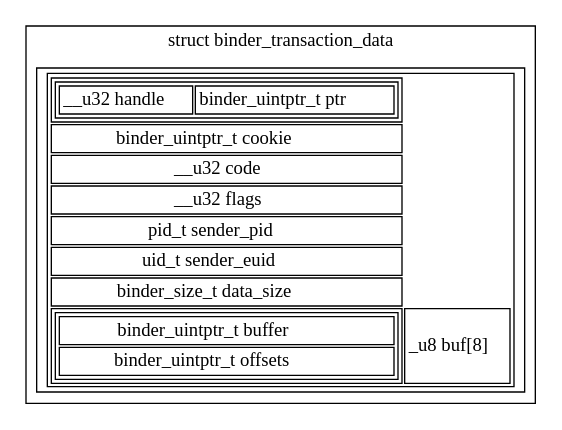
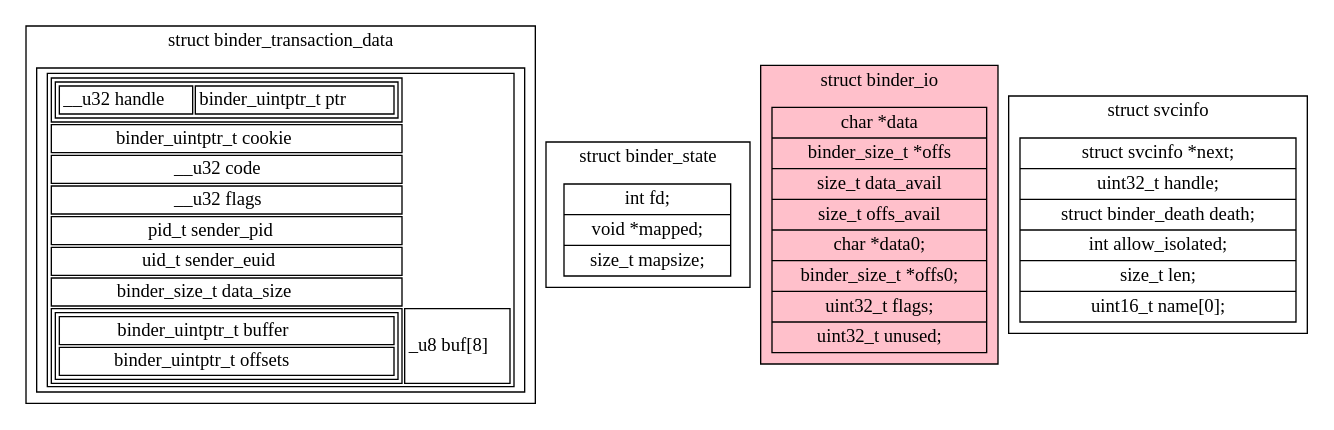
Before and after one commit to YsuXia/Debian-Learning: the diagram in graphviz/binder.dot, drawn with Graphviz. The commit also changed other lines of this file and 2 other files, not shown here.

```diff
--- a/graphviz/binder.dot
+++ b/graphviz/binder.dot
@@ -1,51 +1,91 @@
 digraph binder{
 	node[shape=record];
 	subgraph cluster_struct_binder_transaction_data{
 		label="struct binder_transaction_data";
 		"struct binder_transaction_data"[label=<
 			<table>
 				<tr>
 					<td>
 						<table>
 							<tr>
 								<td>__u32 handle</td>
 								<td>binder_uintptr_t ptr</td>
 							</tr>
 						</table>
 					</td>
 				</tr>
 				<tr>
 					<td>binder_uintptr_t cookie</td>
 				</tr>
 				<tr>
 					<td>__u32 code</td>
 				</tr>
 				<tr>
 					<td>__u32 flags</td>
 				</tr>
 				<tr>
 					<td>pid_t sender_pid</td>
 				</tr>
 				<tr>
 					<td>uid_t sender_euid</td>
 				</tr>
 				<tr>
 					<td>binder_size_t data_size</td>
 				</tr>
 				<tr>
 					<td>
 						<table>
 							<tr>
 								<td>binder_uintptr_t buffer</td>
 							</tr>
 							<tr>
 								<td>binder_uintptr_t offsets</td>
 							</tr>
 						</table>
 					</td>
 					<td>_u8 buf[8]</td>
 				</tr>
 			</table>
 		>];
 	}
+
+	subgraph cluster_struct_binder_state{
+		label="struct binder_state";
+		"struct binder_state"[label="{
+		 int fd;
+    	|void *mapped;
+    	|size_t mapsize;
+		}"];
+	}
+
+	subgraph cluster_struct_binder_io{
+		label="struct binder_io";
+		bgcolor="pink";
+		"struct binder_io"[label="{
+		char *data
+    	|binder_size_t *offs
+    	|size_t data_avail
+    	|size_t offs_avail
+    	|char *data0;
+    	|binder_size_t *offs0;
+    	|uint32_t flags;
+    	|uint32_t unused;
+	}"];
+	}
+
+	subgraph cluster_struct_svcinfo{
+		label="struct svcinfo";
+		"struct svcinfo"[label="{
+		struct svcinfo *next;
+    |uint32_t handle;
+    |struct binder_death death;
+    |int allow_isolated;
+    |size_t len;
+    |uint16_t name[0];
+	}"];
+	}
+
+	
+
+
 }
```
